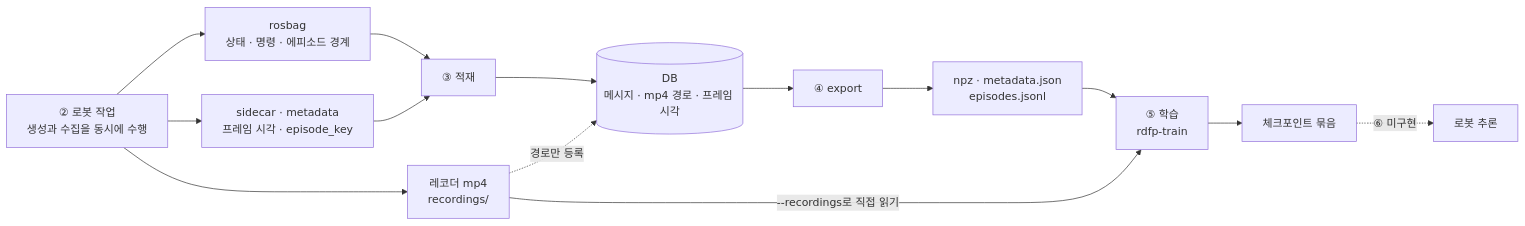
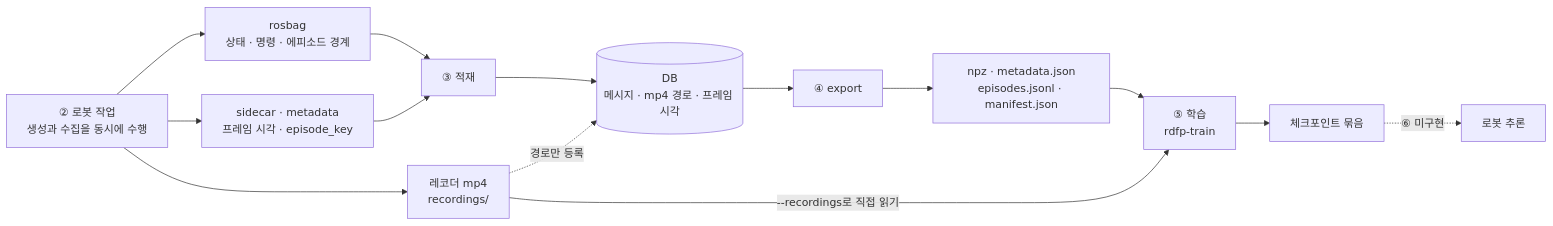
Before and after one commit to kwlee0220/rdfp_ws: the diagram in docs/collect/학습_데이터_파이프라인_개요.md, drawn with Mermaid. The commit also changed other lines of this file and 32 other files, not shown here.

````diff
--- a/docs/collect/학습_데이터_파이프라인_개요.md
+++ b/docs/collect/학습_데이터_파이프라인_개요.md
@@ -44,16 +42,16 @@
 ```mermaid
 flowchart LR
     A["② 로봇 작업<br/>생성과 수집을 동시에 수행"] --> B["rosbag<br/>상태 · 명령 · 에피소드 경계"]
     A --> V["레코더 mp4<br/>recordings/"]
     A --> S["sidecar · metadata<br/>프레임 시각 · episode_key"]
     B --> I["③ 적재"]
     S --> I
     I --> D[("DB<br/>메시지 · mp4 경로 · 프레임 시각")]
     V -.->|"경로만 등록"| D
     D --> E["④ export"]
-    E --> N["npz · metadata.json<br/>episodes.jsonl"]
+    E --> N["npz · metadata.json<br/>episodes.jsonl · manifest.json"]
     N --> T["⑤ 학습<br/>rdfp-train"]
     V -->|"--recordings로 직접 읽기"| T
     T --> C["체크포인트 묶음"]
     C -.->|"⑥ 미구현"| R["로봇 추론"]
 ```
````
